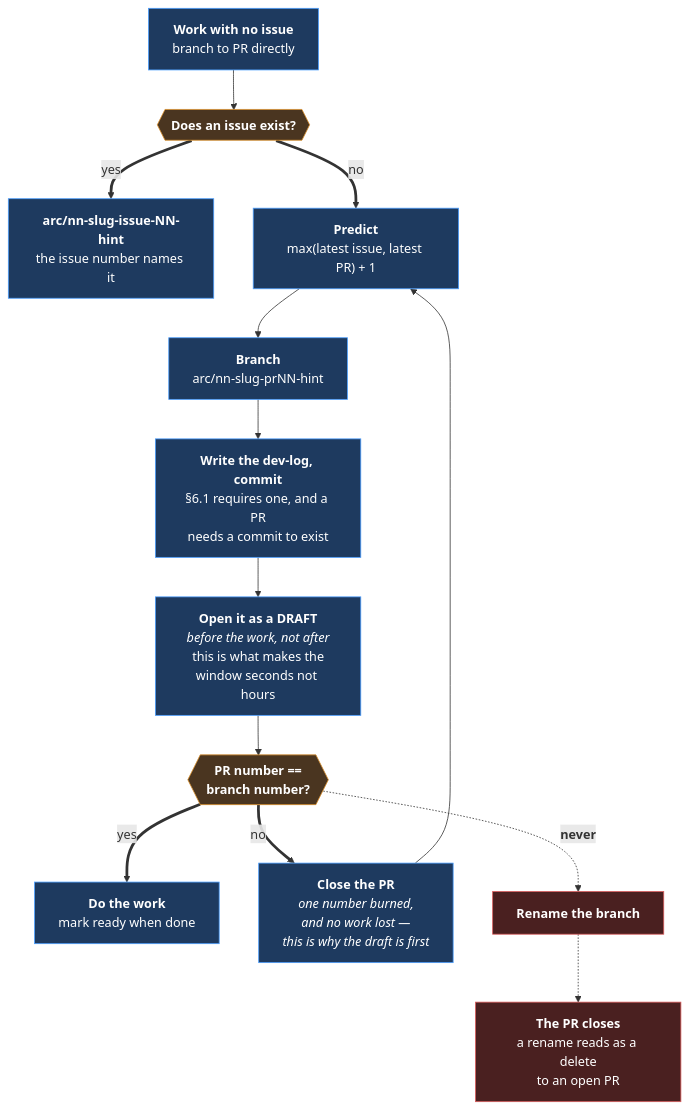
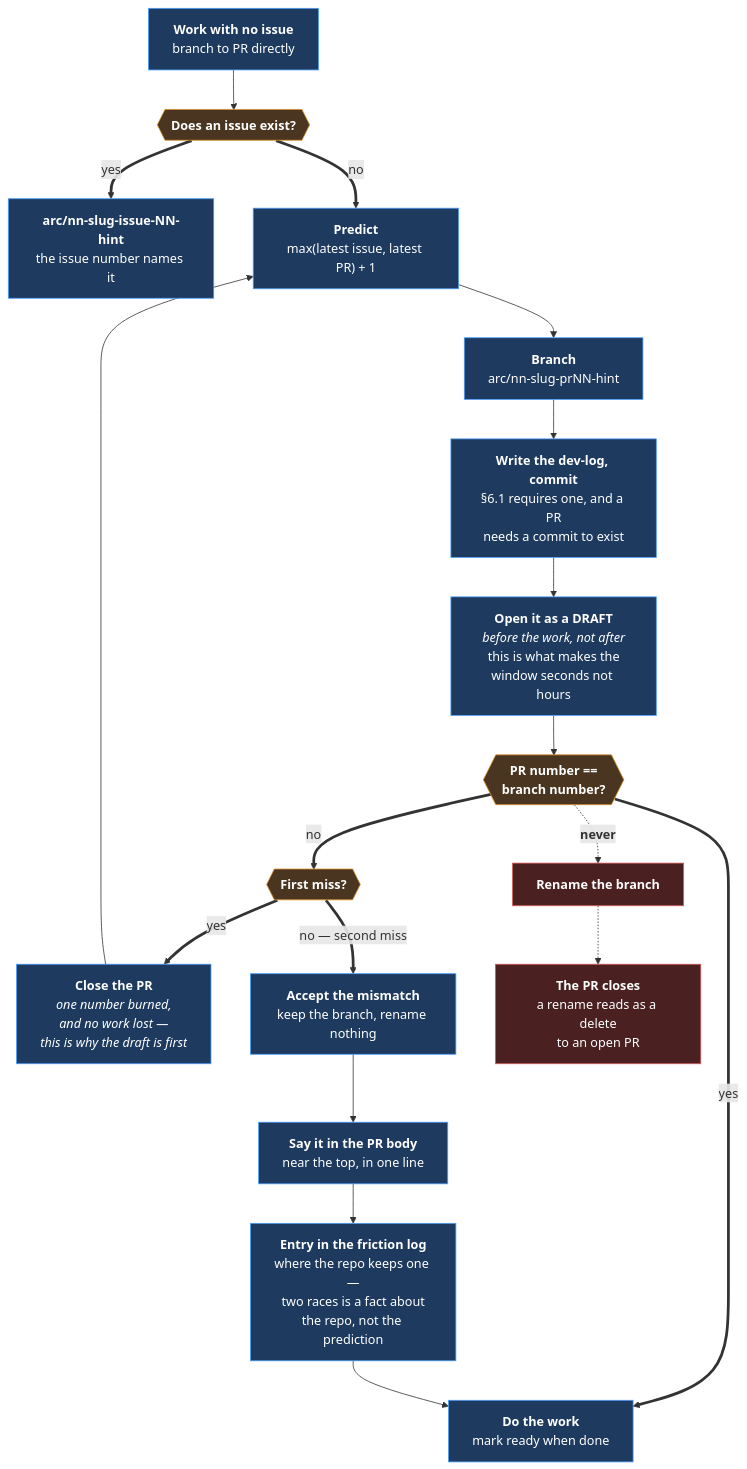
One commit to Calyx-Engineering/arc changed the third of 3 diagrams in docs/product-architecture/mechanisms/m46-work-navigation.md. Above: the diagram before and after it, drawn with Mermaid. The commit also changed other lines of this file and 3 other files, not shown here.

First line of the commit message:
feat: one retry on a number miss, then accept and log it

````diff
--- a/docs/product-architecture/mechanisms/m46-work-navigation.md
+++ b/docs/product-architecture/mechanisms/m46-work-navigation.md
@@ -393,21 +393,26 @@
 ```mermaid
 flowchart TB
     START["<b>Work with no issue</b><br/>branch to PR directly"] --> Q{{"<b>Does an issue exist?</b>"}}
     Q ==>|yes| ISS["<b>arc/nn-slug-issue-NN-hint</b><br/>the issue number names it"]
     Q ==>|no| PRED["<b>Predict</b><br/>max(latest issue, latest PR) + 1"]
     PRED --> BR["<b>Branch</b><br/>arc/nn-slug-prNN-hint"]
     BR --> LOG["<b>Write the dev-log, commit</b><br/>§6.1 requires one, and a PR<br/>needs a commit to exist"]
     LOG --> OPEN["<b>Open it as a DRAFT</b><br/><i>before the work, not after</i><br/>this is what makes the<br/>window seconds not hours"]
     OPEN --> CHK{{"<b>PR number ==<br/>branch number?</b>"}}
     CHK ==>|yes| WORK["<b>Do the work</b><br/>mark ready when done"]
-    CHK ==>|no| FIX["<b>Close the PR</b><br/><i>one number burned,<br/>and no work lost —<br/>this is why the draft is first</i>"]
+    CHK ==>|no| RETRY{{"<b>First miss?</b>"}}
+    RETRY ==>|yes| FIX["<b>Close the PR</b><br/><i>one number burned,<br/>and no work lost —<br/>this is why the draft is first</i>"]
     FIX --> PRED
+    RETRY ==>|"no — second miss"| ACCEPT["<b>Accept the mismatch</b><br/>keep the branch, rename nothing"]
+    ACCEPT --> SAY["<b>Say it in the PR body</b><br/>near the top, in one line"]
+    SAY --> FRIC["<b>Entry in the friction log</b><br/>where the repo keeps one —<br/>two races is a fact about<br/>the repo, not the prediction"]
+    FRIC --> WORK
     CHK -.->|"<b>never</b>"| REN["<b>Rename the branch</b>"]
     REN -.-> DEAD["<b>The PR closes</b><br/>a rename reads as a delete<br/>to an open PR"]
     classDef n fill:#1e3a5f,stroke:#4a9eff,color:#fff
     classDef s fill:#4a3520,stroke:#d98f2b,color:#fff
     classDef x fill:#4a2020,stroke:#d95b5b,color:#fff
-    class START,ISS,PRED,BR,LOG,OPEN,WORK,FIX n
-    class Q,CHK s
+    class START,ISS,PRED,BR,LOG,OPEN,WORK,FIX,ACCEPT,SAY,FRIC n
+    class Q,CHK,RETRY s
     class REN,DEAD x
 ```
````
